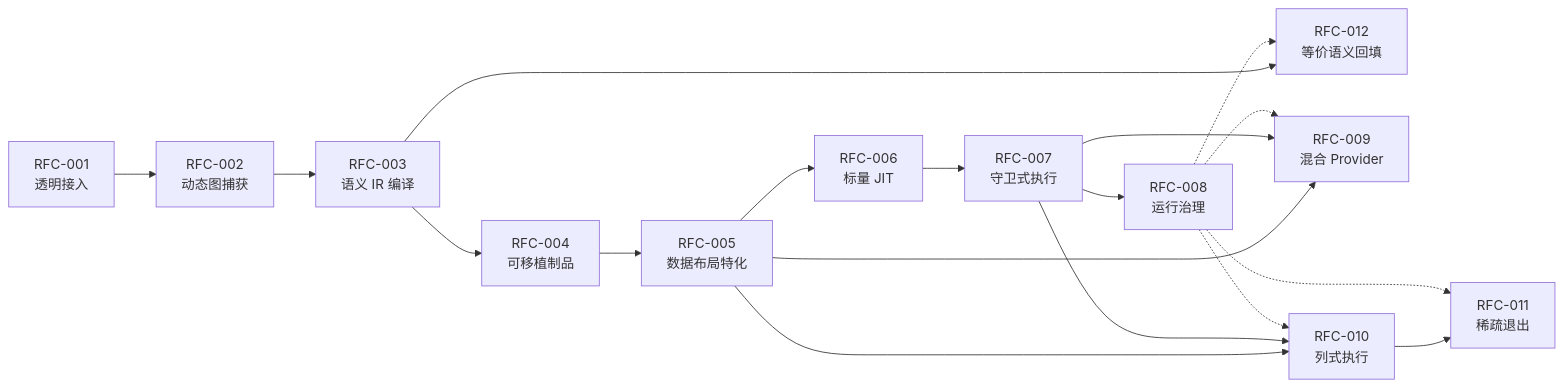
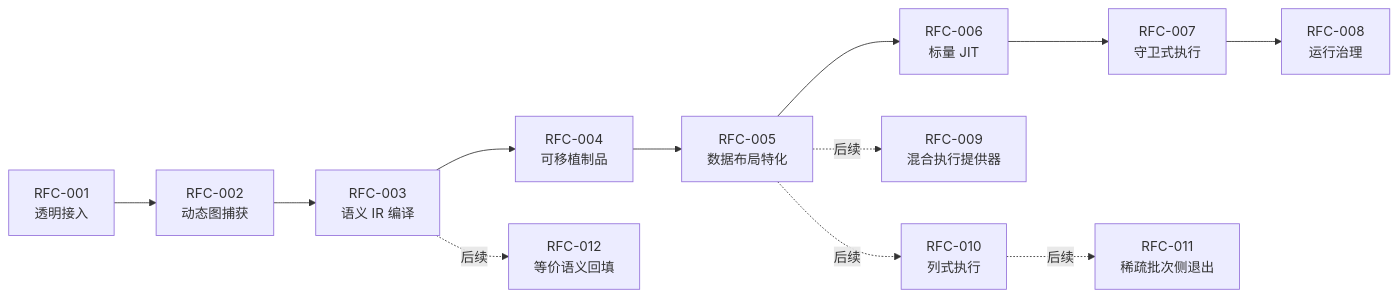
One commit to 213start/python-udf-jit changed the diagram in docs/rfcs/README.md. Above: the diagram before and after it, drawn with Mermaid. The commit also changed other lines of this file and 15 other files, not shown here.

````diff
--- a/docs/rfcs/README.md
+++ b/docs/rfcs/README.md
@@ -37,21 +45,15 @@
 ```mermaid
 flowchart LR
     R1["RFC-001<br/>透明接入"] --> R2["RFC-002<br/>动态图捕获"]
     R2 --> R3["RFC-003<br/>语义 IR 编译"]
     R3 --> R4["RFC-004<br/>可移植制品"]
     R4 --> R5["RFC-005<br/>数据布局特化"]
     R5 --> R6["RFC-006<br/>标量 JIT"]
     R6 --> R7["RFC-007<br/>守卫式执行"]
     R7 --> R8["RFC-008<br/>运行治理"]
 
-    R3 --> R12["RFC-012<br/>等价语义回填"]
-    R5 --> R9["RFC-009<br/>混合 Provider"]
-    R7 --> R9
-    R5 --> R10["RFC-010<br/>列式执行"]
-    R7 --> R10
-    R10 --> R11["RFC-011<br/>稀疏退出"]
-    R8 -.-> R9
-    R8 -.-> R10
-    R8 -.-> R11
-    R8 -.-> R12
+    R3 -. "后续" .-> R12["RFC-012<br/>等价语义回填"]
+    R5 -. "后续" .-> R9["RFC-009<br/>混合执行提供器"]
+    R5 -. "后续" .-> R10["RFC-010<br/>列式执行"]
+    R10 -. "后续" .-> R11["RFC-011<br/>稀疏批次侧退出"]
 ```
````
